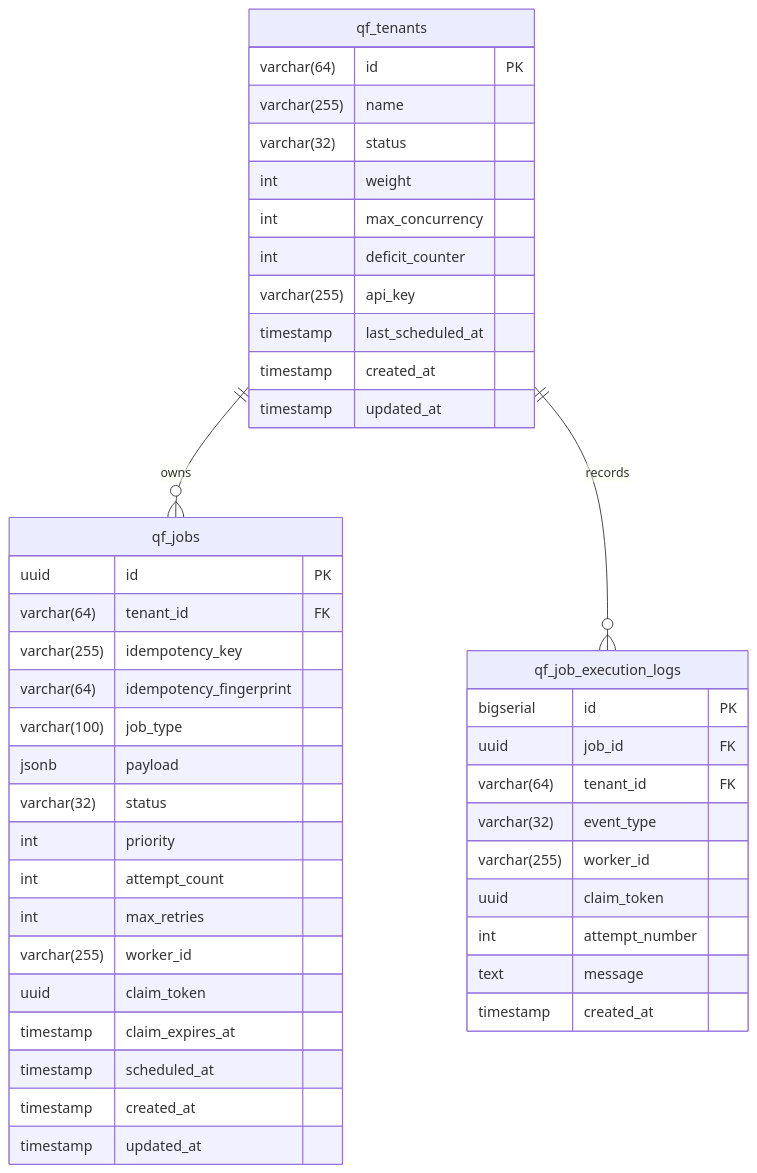
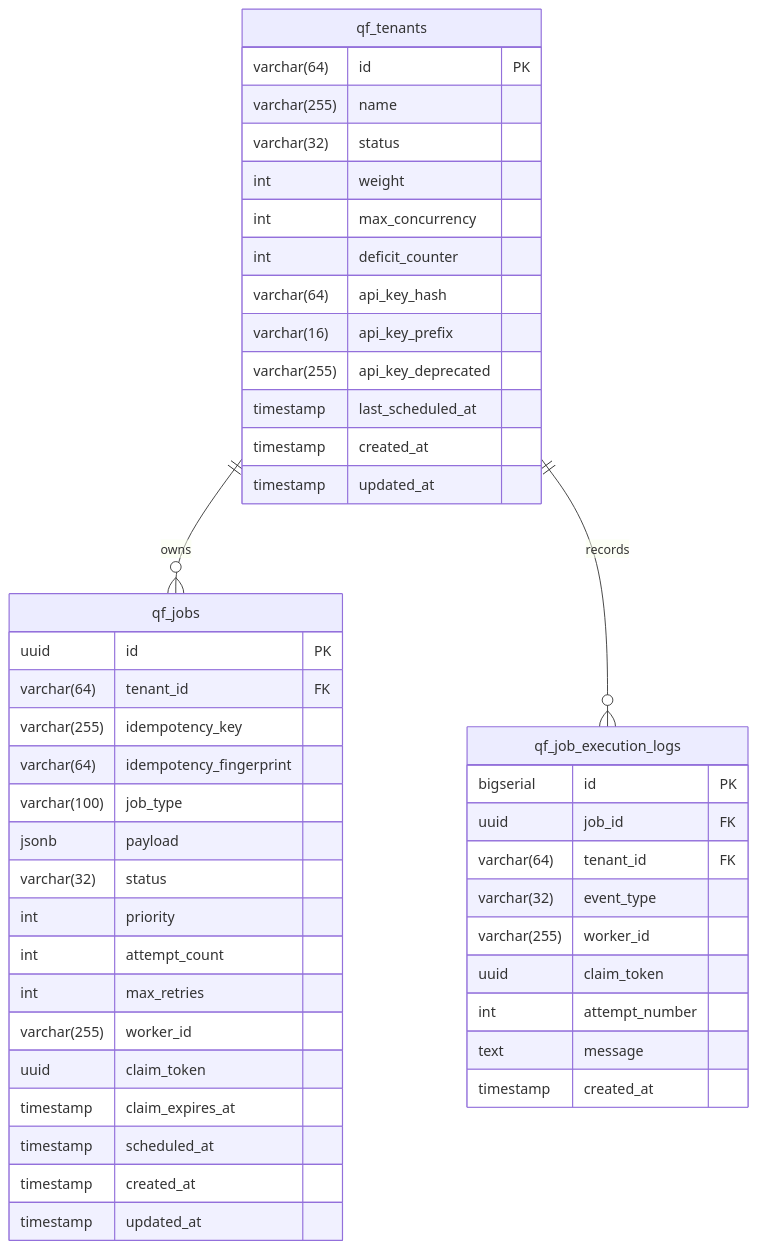
One commit to saipranav22-commits/queueforge changed the first of 3 diagrams in docs/engineering/fairshare-scheduler.md. Above: the diagram before and after it, drawn with Mermaid. The commit also changed other lines of this file and 17 other files, not shown here.

````diff
--- a/docs/engineering/fairshare-scheduler.md
+++ b/docs/engineering/fairshare-scheduler.md
@@ -133,49 +232,51 @@
 ```mermaid
 erDiagram
     qf_tenants ||--o{ qf_jobs : "owns"
     qf_tenants ||--o{ qf_job_execution_logs : "records"
     
     qf_tenants {
         varchar(64) id PK
         varchar(255) name
         varchar(32) status
         int weight
         int max_concurrency
         int deficit_counter
-        varchar(255) api_key
+        varchar(64) api_key_hash
+        varchar(16) api_key_prefix
+        varchar(255) api_key_deprecated
         timestamp last_scheduled_at
         timestamp created_at
         timestamp updated_at
     }
 
     qf_jobs {
         uuid id PK
         varchar(64) tenant_id FK
         varchar(255) idempotency_key
         varchar(64) idempotency_fingerprint
         varchar(100) job_type
         jsonb payload
         varchar(32) status
         int priority
         int attempt_count
         int max_retries
         varchar(255) worker_id
         uuid claim_token
         timestamp claim_expires_at
         timestamp scheduled_at
         timestamp created_at
         timestamp updated_at
     }
 
     qf_job_execution_logs {
         bigserial id PK
         uuid job_id FK
         varchar(64) tenant_id FK
         varchar(32) event_type
         varchar(255) worker_id
         uuid claim_token
         int attempt_number
         text message
         timestamp created_at
     }
 ```
````
